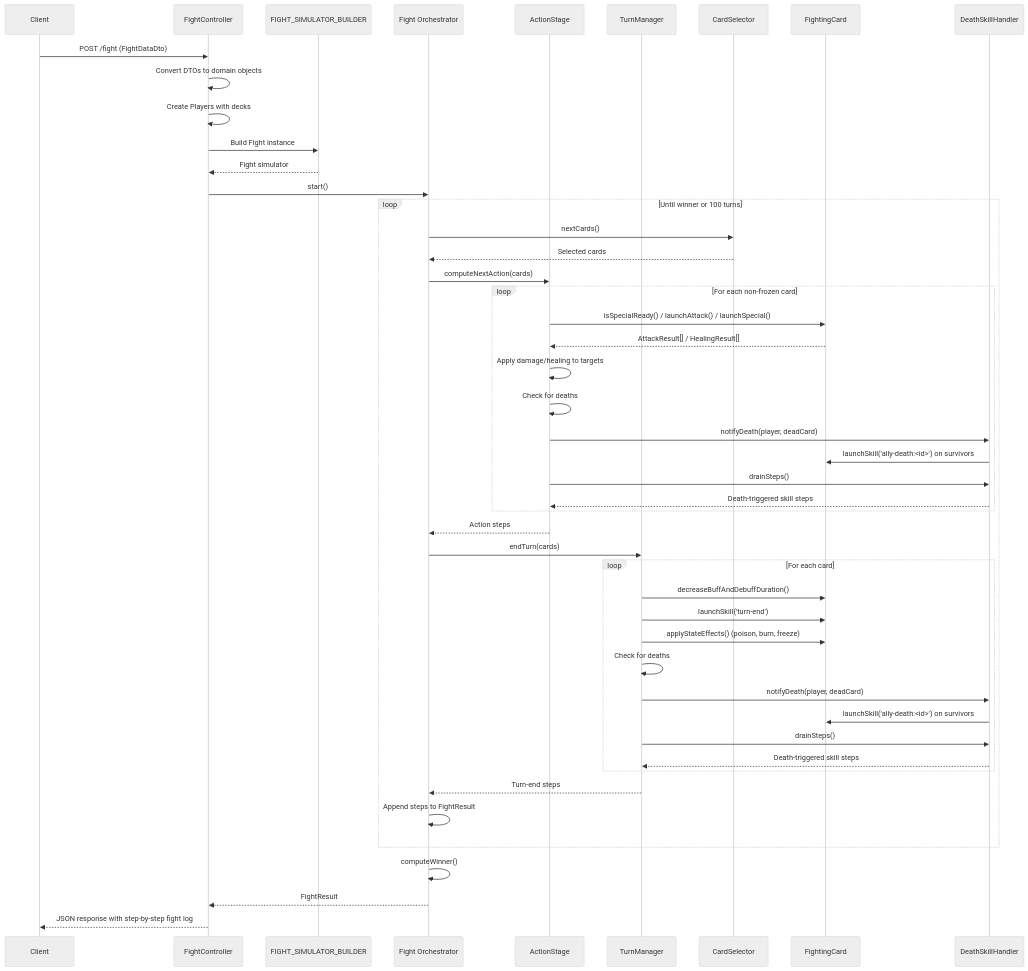
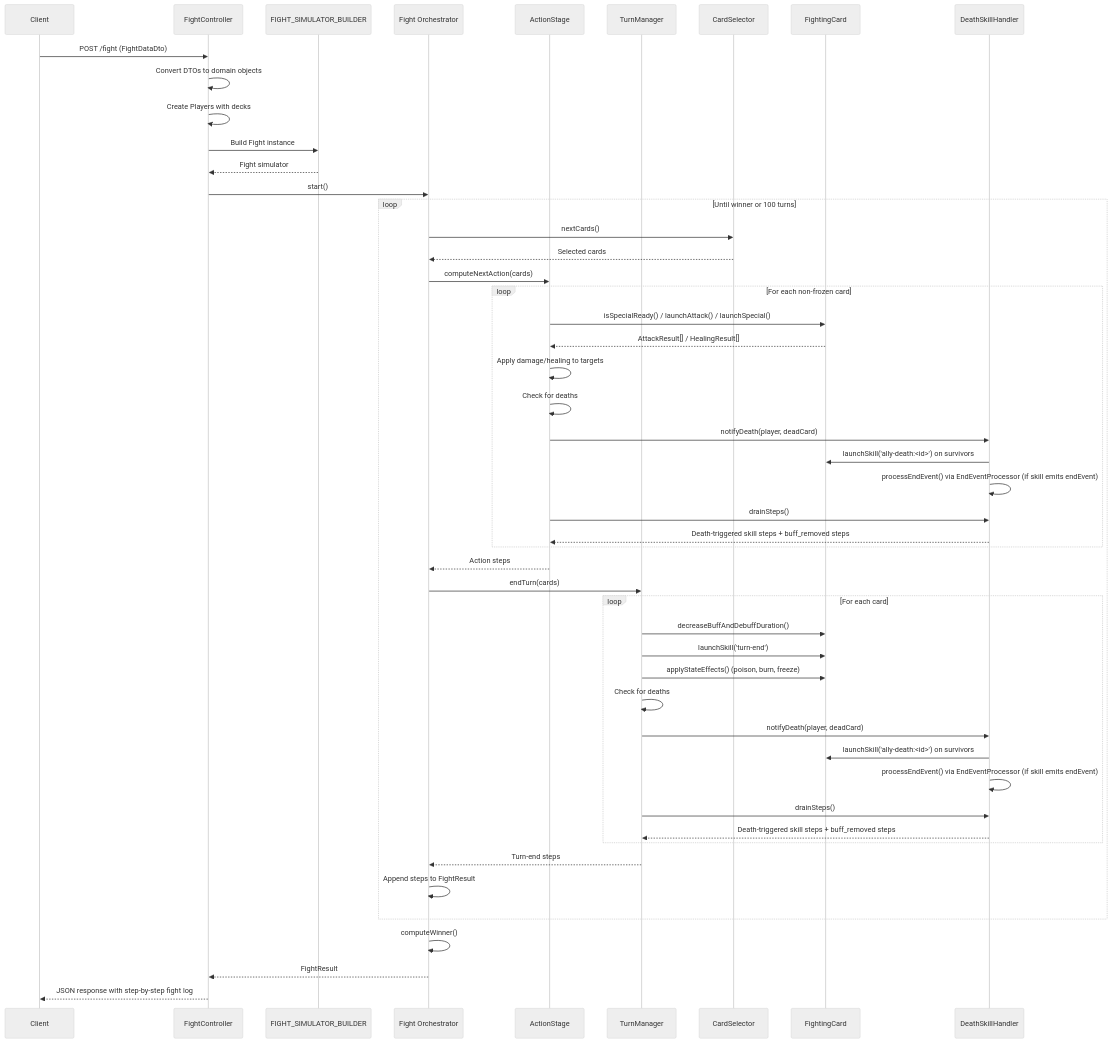
The diagram in docs/memory-bank/backend/ARCHITECTURE.md (cegerard/card-game), drawn with Mermaid (neutral theme) before and after one commit. The commit also changed other lines of this file and 1 other file, not shown here.

Commit message:
feat: enhance API documentation for buff duration and end event processing

````diff
--- a/docs/memory-bank/backend/ARCHITECTURE.md
+++ b/docs/memory-bank/backend/ARCHITECTURE.md
@@ -121,56 +121,58 @@
 ```mermaid
 sequenceDiagram
     participant Client
     participant Controller as FightController
     participant Factory as FIGHT_SIMULATOR_BUILDER
     participant Fight as Fight Orchestrator
     participant ActionStage as ActionStage
     participant TurnManager as TurnManager
     participant CardSelector as CardSelector
     participant Card as FightingCard
     participant DeathHandler as DeathSkillHandler
 
     Client->>Controller: POST /fight (FightDataDto)
     Controller->>Controller: Convert DTOs to domain objects
     Controller->>Controller: Create Players with decks
     Controller->>Factory: Build Fight instance
     Factory-->>Controller: Fight simulator
     Controller->>Fight: start()
 
     loop Until winner or 100 turns
         Fight->>CardSelector: nextCards()
         CardSelector-->>Fight: Selected cards
 
         Fight->>ActionStage: computeNextAction(cards)
         loop For each non-frozen card
             ActionStage->>Card: isSpecialReady() / launchAttack() / launchSpecial()
             Card-->>ActionStage: AttackResult[] / HealingResult[]
             ActionStage->>ActionStage: Apply damage/healing to targets
             ActionStage->>ActionStage: Check for deaths
             ActionStage->>DeathHandler: notifyDeath(player, deadCard)
             DeathHandler->>Card: launchSkill('ally-death:<id>') on survivors
+            DeathHandler->>DeathHandler: processEndEvent() via EndEventProcessor (if skill emits endEvent)
             ActionStage->>DeathHandler: drainSteps()
-            DeathHandler-->>ActionStage: Death-triggered skill steps
+            DeathHandler-->>ActionStage: Death-triggered skill steps + buff_removed steps
         end
         ActionStage-->>Fight: Action steps
 
         Fight->>TurnManager: endTurn(cards)
         loop For each card
             TurnManager->>Card: decreaseBuffAndDebuffDuration()
             TurnManager->>Card: launchSkill('turn-end')
             TurnManager->>Card: applyStateEffects() (poison, burn, freeze)
             TurnManager->>TurnManager: Check for deaths
             TurnManager->>DeathHandler: notifyDeath(player, deadCard)
             DeathHandler->>Card: launchSkill('ally-death:<id>') on survivors
+            DeathHandler->>DeathHandler: processEndEvent() via EndEventProcessor (if skill emits endEvent)
             TurnManager->>DeathHandler: drainSteps()
-            DeathHandler-->>TurnManager: Death-triggered skill steps
+            DeathHandler-->>TurnManager: Death-triggered skill steps + buff_removed steps
         end
         TurnManager-->>Fight: Turn-end steps
 
         Fight->>Fight: Append steps to FightResult
     end
 
     Fight->>Fight: computeWinner()
     Fight-->>Controller: FightResult
     Controller-->>Client: JSON response with step-by-step fight log
 ```
````
